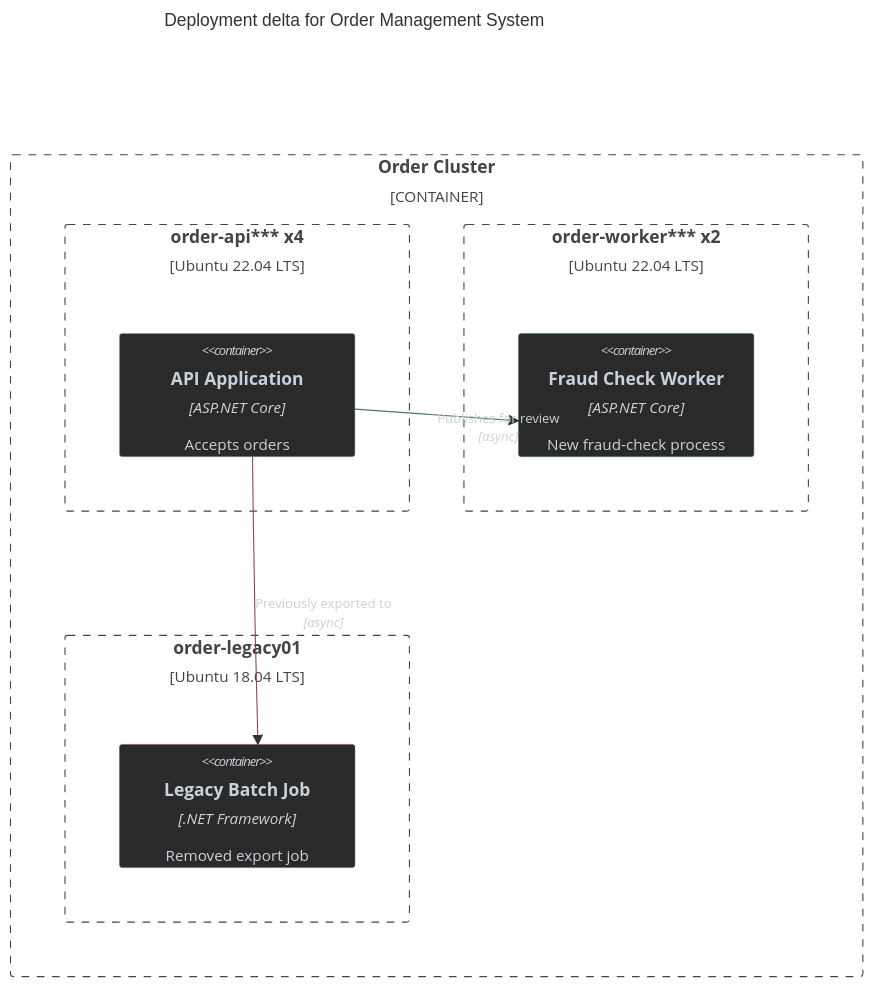
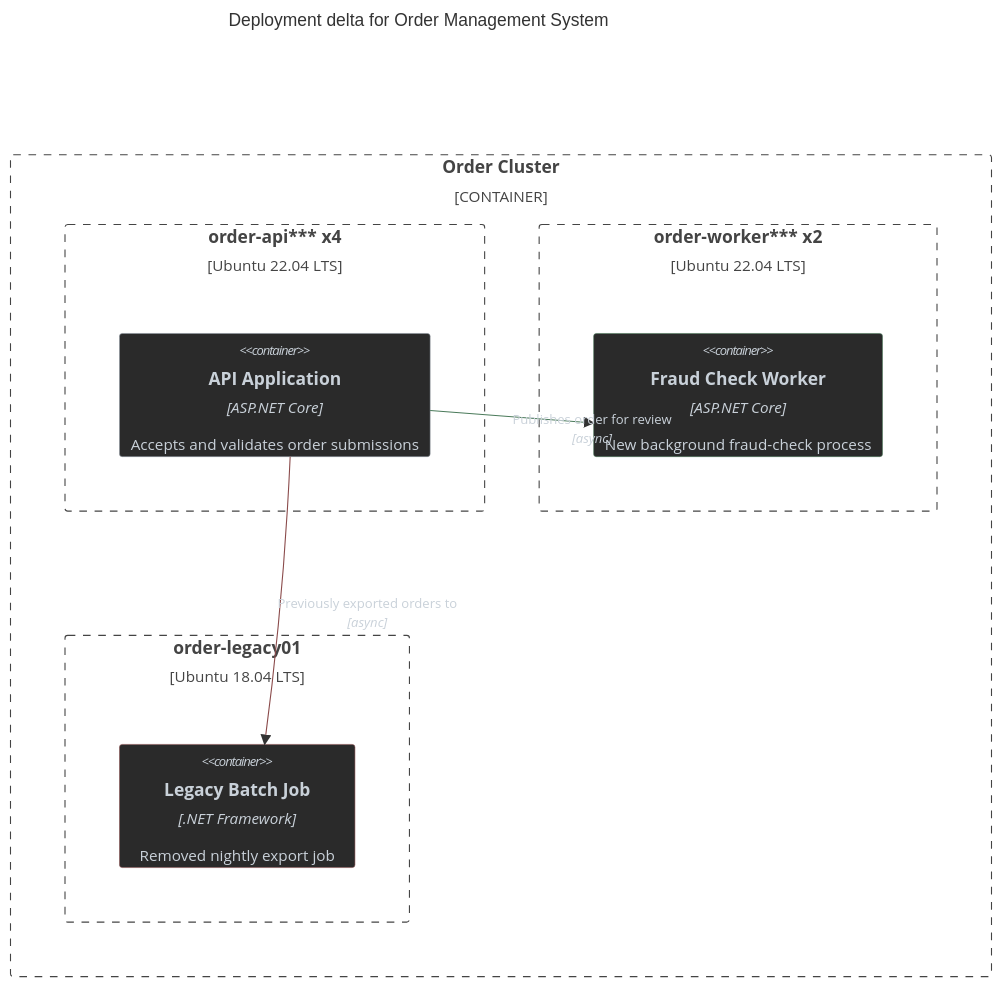
Before and after one commit to antshc/brain: the fourth of 4 diagrams in plugins/wf/skills/architecture-diagram/README.md, drawn with Mermaid. The commit also changed other lines of this file, not shown here.

Commit message:
Preserve architecture diagram examples

````diff
--- a/plugins/wf/skills/architecture-diagram/README.md
+++ b/plugins/wf/skills/architecture-diagram/README.md
@@ -90,25 +185,31 @@
 ```mermaid
+---
+config:
+  c4:
+    c4ShapePadding: 20
+---
 C4Container
     title Deployment delta for Order Management System
 
     Container_Boundary(cluster, "Order Cluster") {
         Boundary(node1, "order-api*** x4", "Ubuntu 22.04 LTS") {
-            Container(api, "API Application", "ASP.NET Core", "Accepts orders")
+            Container(api, "API Application", "ASP.NET Core", "Accepts and validates order submissions")
         }
         Boundary(node2, "order-worker*** x2", "Ubuntu 22.04 LTS") {
-            Container(worker, "Fraud Check Worker", "ASP.NET Core", "New fraud-check process")
+            Container(worker, "Fraud Check Worker", "ASP.NET Core", "New background fraud-check process")
         }
         Boundary(node3, "order-legacy01", "Ubuntu 18.04 LTS") {
-            Container(legacy, "Legacy Batch Job", ".NET Framework", "Removed export job")
+            Container(legacy, "Legacy Batch Job", ".NET Framework", "Removed nightly export job")
         }
     }
 
-    Rel(api, worker, "Publishes for review", "async")
-    Rel(api, legacy, "Previously exported to", "async")
+    Rel(api, worker, "Publishes order for review", "async")
+    Rel(api, legacy, "Previously exported orders to", "async")
 
     UpdateElementStyle(api, $fontColor="#c9d1d9", $bgColor="#2a2a2a", $borderColor="#8b949e")
     UpdateElementStyle(worker, $fontColor="#c9d1d9", $bgColor="#2a2a2a", $borderColor="#4a7a5a")
     UpdateElementStyle(legacy, $fontColor="#c9d1d9", $bgColor="#2a2a2a", $borderColor="#8a4a4a")
+
     UpdateRelStyle(api, worker, $textColor="#c9d1d9", $lineColor="#4a7a5a")
     UpdateRelStyle(api, legacy, $textColor="#c9d1d9", $lineColor="#8a4a4a")
 ```
````
